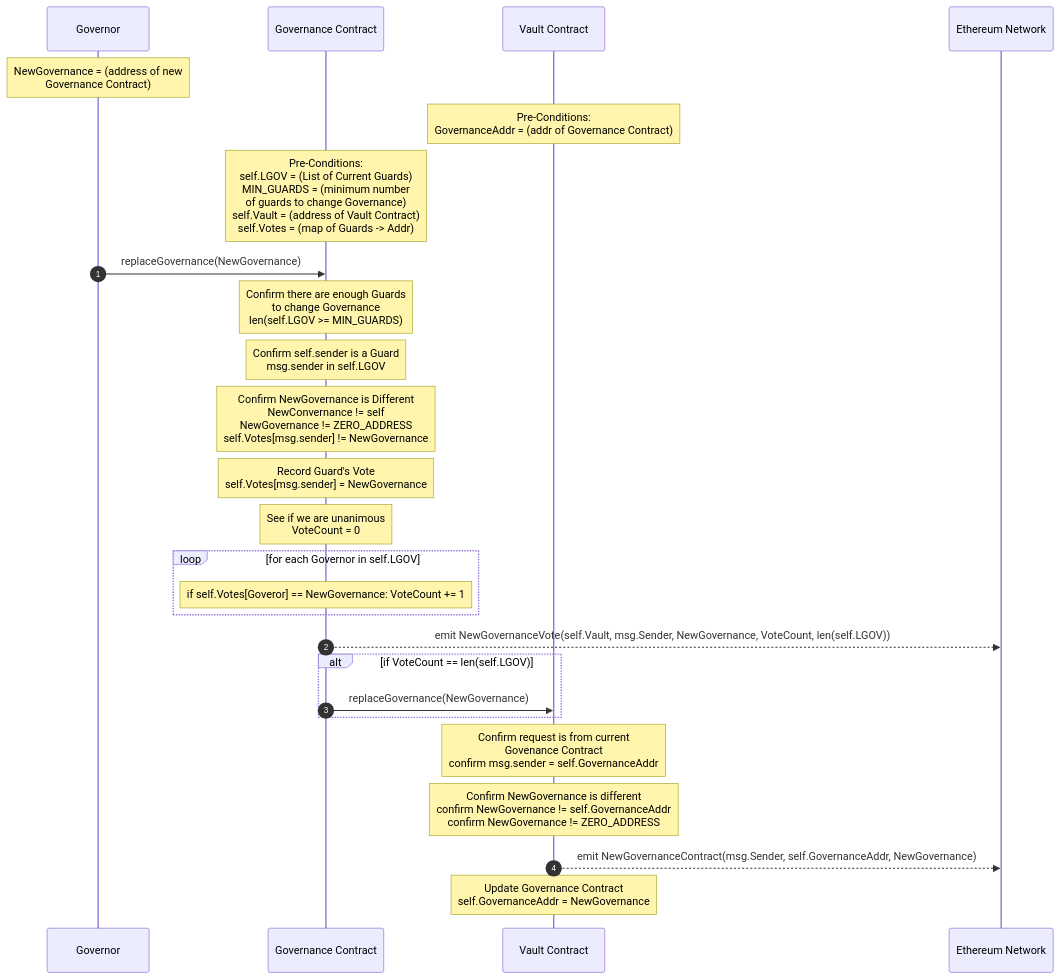
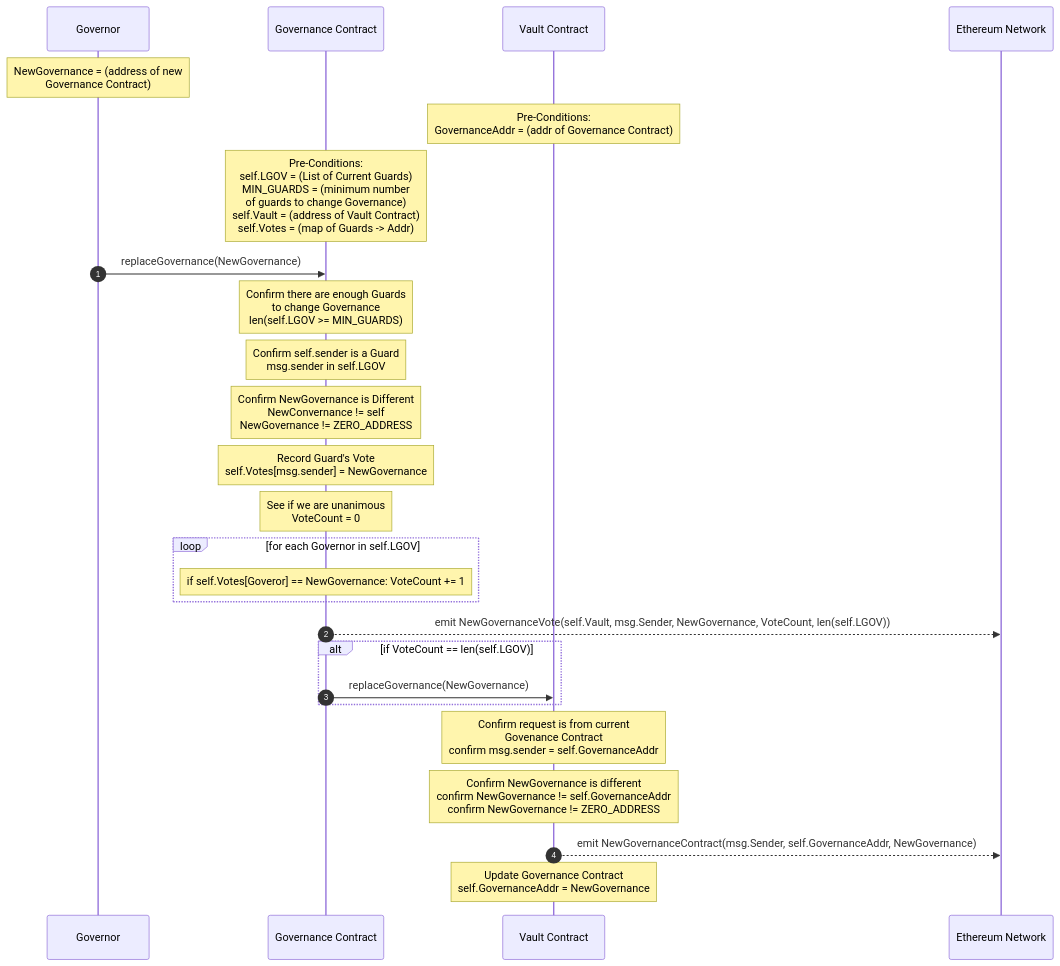
One commit to DynamoFinance/vault changed the ninth of 9 diagrams in docs/Governance.md. Above: the diagram before and after it, drawn with Mermaid.

````diff
--- a/docs/Governance.md
+++ b/docs/Governance.md
@@ -397,47 +397,47 @@
 ```mermaid
 sequenceDiagram
 
     participant G as Governor
     participant C1 as Governance Contract
     participant V as Vault Contract
     participant N as Ethereum Network
     autonumber
 
     Note over G: NewGovernance = (address of new<br>Governance Contract)
     Note over V: Pre-Conditions:<br>GovernanceAddr = (addr of Governance Contract)    
     Note over C1: Pre-Conditions: <br>self.LGOV = (List of Current Guards)<br>MIN_GUARDS = (minimum number<br>of guards to change Governance)<br>self.Vault = (address of Vault Contract)<br>self.Votes = (map of Guards -> Addr)
 
 
     G->>C1: replaceGovernance(NewGovernance)
 
     Note over C1: Confirm there are enough Guards<br>to change Governance<br>len(self.LGOV >= MIN_GUARDS)
     Note over C1: Confirm self.sender is a Guard<br>msg.sender in self.LGOV
-    Note over C1: Confirm NewGovernance is Different<br>NewConvernance != self<br>NewGovernance != ZERO_ADDRESS<br>self.Votes[msg.sender] != NewGovernance
+    Note over C1: Confirm NewGovernance is Different<br>NewConvernance != self<br>NewGovernance != ZERO_ADDRESS
 
 
     Note over C1: Record Guard's Vote<br>self.Votes[msg.sender] = NewGovernance
 
     
     Note over C1: See if we are unanimous<br>VoteCount = 0
     loop for each Governor in self.LGOV
         Note over C1: if self.Votes[Goveror] == NewGovernance: VoteCount += 1
     end
 
     C1-->>N: emit NewGovernanceVote(self.Vault, msg.Sender, NewGovernance, VoteCount, len(self.LGOV))
 
     alt if VoteCount == len(self.LGOV)
         C1->>V: replaceGovernance(NewGovernance)
     end
 
 
     Note over V: Confirm request is from current<br>Govenance Contract<br>confirm msg.sender = self.GovernanceAddr
     Note over V: Confirm NewGovernance is different<br>confirm NewGovernance != self.GovernanceAddr<br>confirm NewGovernance != ZERO_ADDRESS
 
         V-->>N: emit NewGovernanceContract(msg.Sender, self.GovernanceAddr, NewGovernance)
 
     Note over V: Update Governance Contract<br>self.GovernanceAddr = NewGovernance
 
 
 
     
 ```    
````
